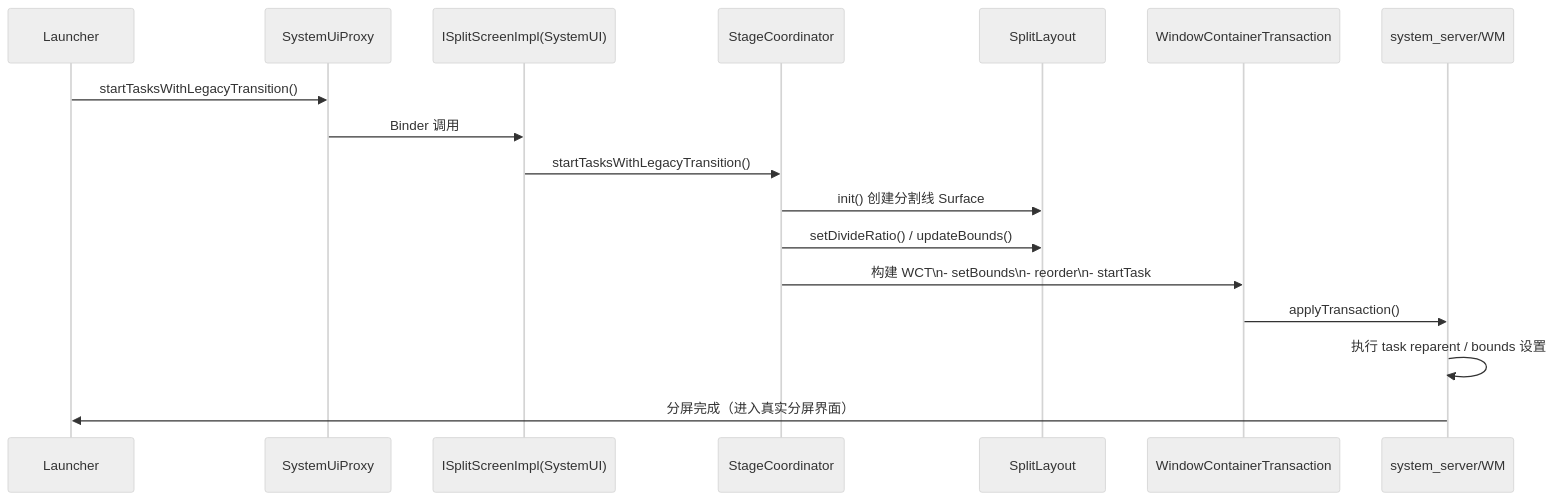
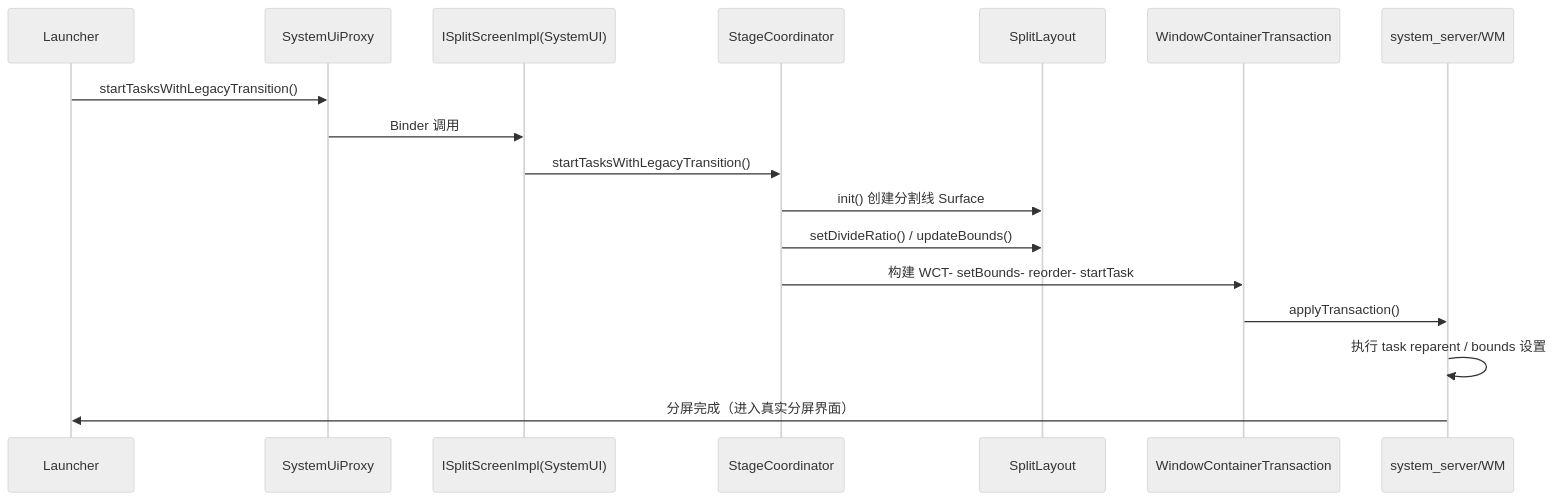
One commit to rangerzhou/rangerzhou.github.io changed the fifth of 6 diagrams in source/_posts/Android/AndroidDevelop_045_WMS_SplitScreen.md. Above: the diagram before and after it, drawn with Mermaid (neutral theme). The commit also changed other lines of this file, not shown here.

````diff
--- a/source/_posts/Android/AndroidDevelop_045_WMS_SplitScreen.md
+++ b/source/_posts/Android/AndroidDevelop_045_WMS_SplitScreen.md
@@ -136,24 +162,24 @@
 ``` mermaid
 sequenceDiagram
     participant Launcher
     participant SystemUiProxy
     participant ISplitScreenImpl as ISplitScreenImpl(SystemUI)
     participant StageCoordinator
     participant SplitLayout
     participant WCT as WindowContainerTransaction
     participant WM as system_server/WM
 
     Launcher ->> SystemUiProxy: startTasksWithLegacyTransition()
     SystemUiProxy ->> ISplitScreenImpl: Binder 调用
     ISplitScreenImpl ->> StageCoordinator: startTasksWithLegacyTransition()
 
     StageCoordinator ->> SplitLayout: init() 创建分割线 Surface
     StageCoordinator ->> SplitLayout: setDivideRatio() / updateBounds()
 
-    StageCoordinator ->> WCT: 构建 WCT\n- setBounds\n- reorder\n- startTask
+    StageCoordinator ->> WCT: 构建 WCT- setBounds- reorder- startTask
     WCT ->> WM: applyTransaction()
 
     WM ->> WM: 执行 task reparent / bounds 设置
     WM ->> Launcher: 分屏完成（进入真实分屏界面）
 
 ```
````
